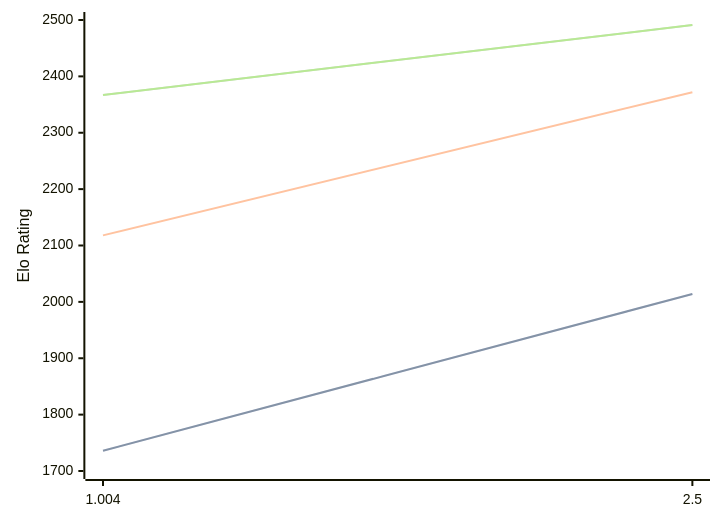
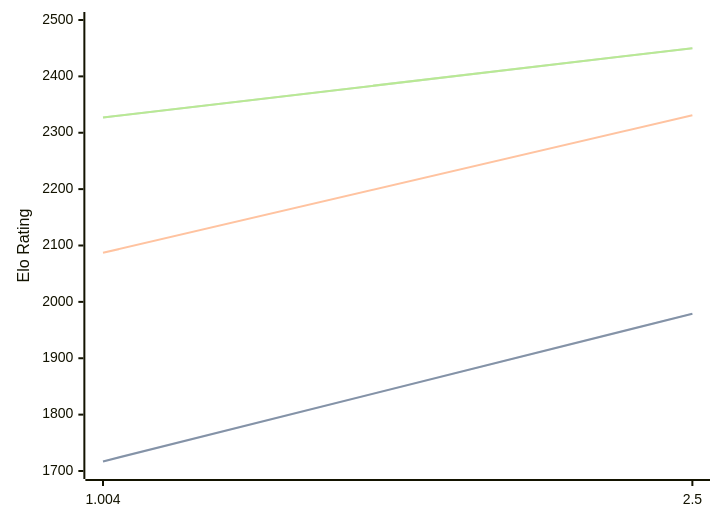
Before and after one commit to computer-chess-index/cci: the diagram in engines/Ares.md, drawn with Mermaid. The commit also changed other lines of this file, not shown here.

Commit message:
Update CCI Ratings (ELO VLTC) - 2026-05-19

````diff
--- a/engines/Ares.md
+++ b/engines/Ares.md
@@ -32,11 +32,11 @@
 ```mermaid
 %%{init: {"theme":"base","themeVariables":{"seriesColors:['#a3a3a3','#222221','#faa371']}}}%%
 xychart-beta
   x-axis ["1.004", "2.5"]
   y-axis "Elo Rating" 1700 --> 2500
-  line "STC (8.0+0.08s)" [1736, 2014]
-  line "STC (8.0+0.08s)" [1736, 2014]
-  line "LTC (60.0+0.60s)" [2118, 2372]
-  line "VLTC (2m24s+1.12s)" [2367, 2491]
-  line "VLTC (2m24s+1.12s)" [2367, 2491]
+  line "STC (8.0+0.08s)" [1717, 1979]
+  line "STC (8.0+0.08s)" [1717, 1979]
+  line "LTC (60.0+0.60s)" [2087, 2331]
+  line "VLTC (2m24s+1.12s)" [2327, 2450]
+  line "VLTC (2m24s+1.12s)" [2327, 2450]
 ```
````
